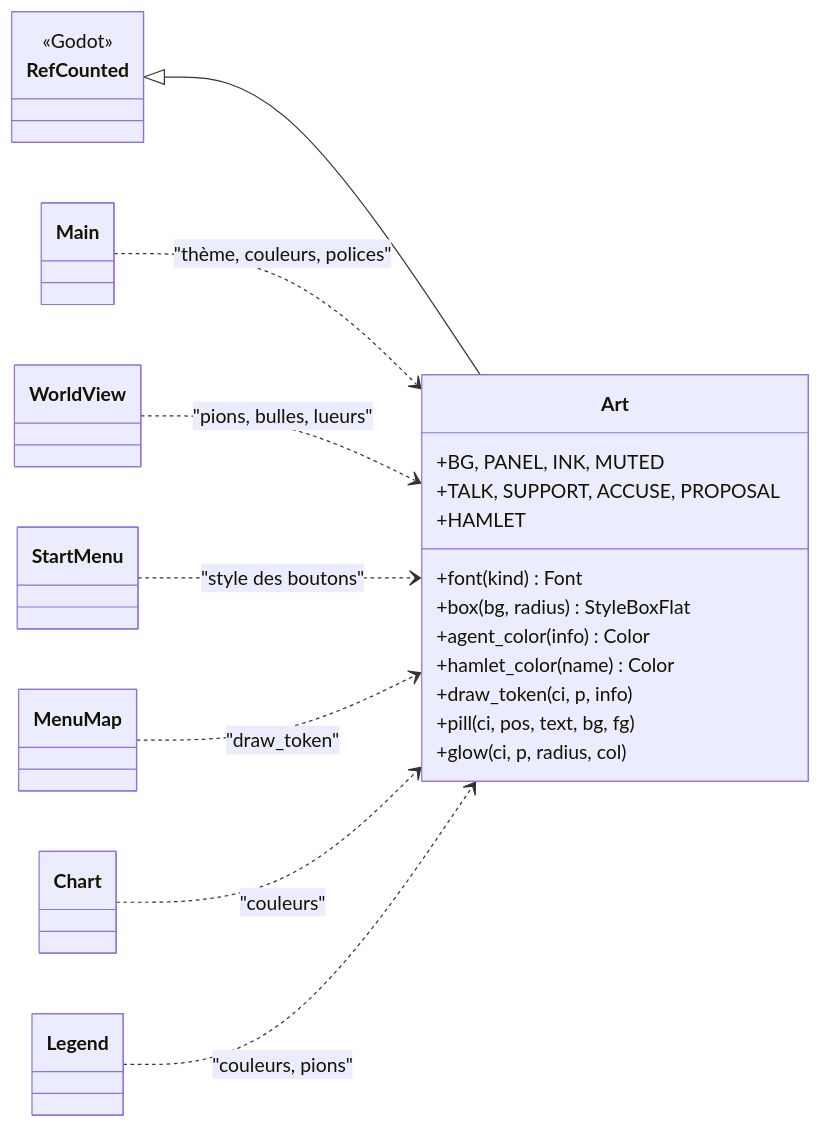
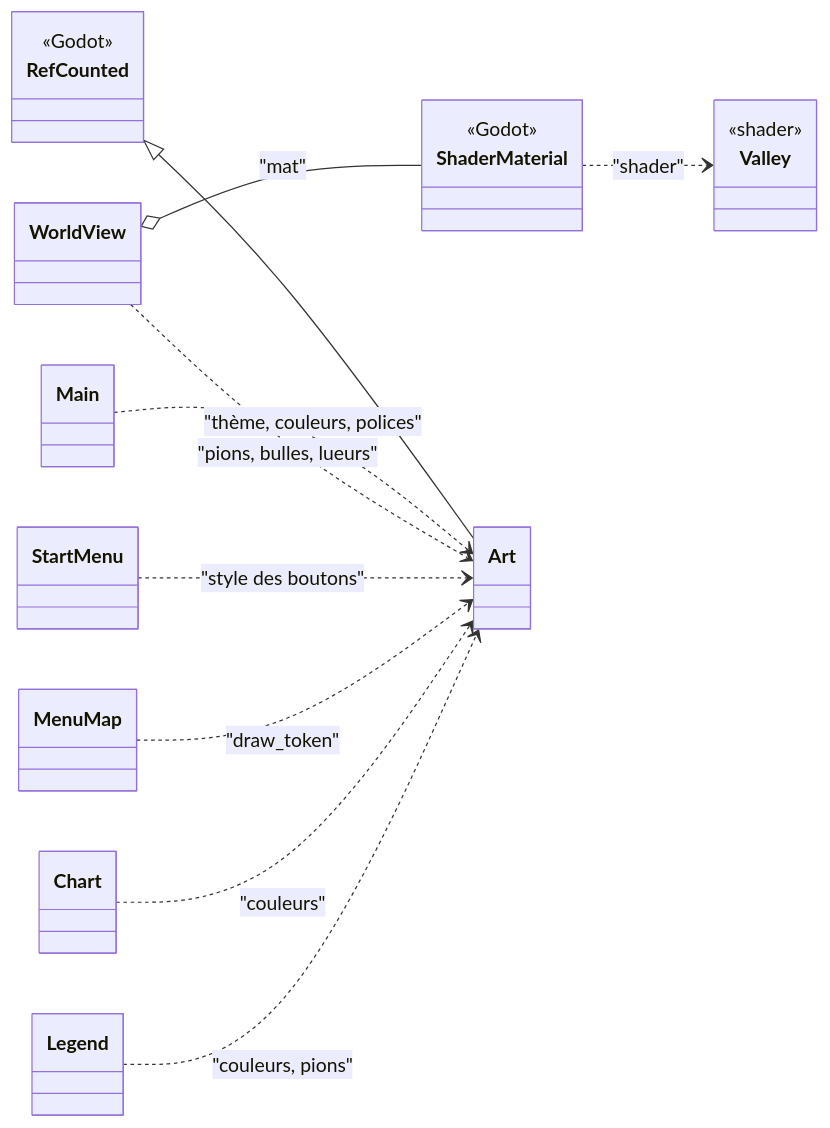
One commit to Romain-LM-Dev/Projet-Parcours---Filets-de-Vellmor changed the second of 36 diagrams in docs/uml/classes-godot.md. Above: the diagram before and after it, drawn with Mermaid. The commit also changed other lines of this file and 11 other files, not shown here.

Commit message:
Docs : diagrammes UML complets (97 : chaque classe avec tous ses attributs et méthodes, World et WorldView en vues par domaine, 8 scénarios en séquence et en communication, ~95 cas d'utilisation) ; index dans le README ; PDF régénéré (125 pages) et son script docs/uml/build_pdf.py

````diff
--- a/docs/uml/classes-godot.md
+++ b/docs/uml/classes-godot.md
@@ -125,32 +123,29 @@
 ```mermaid
 classDiagram
     direction LR
     class RefCounted {
         <<Godot>>
     }
-    class Art {
-        +BG, PANEL, INK, MUTED
-        +TALK, SUPPORT, ACCUSE, PROPOSAL
-        +HAMLET
-        +font(kind) Font
-        +box(bg, radius) StyleBoxFlat
-        +agent_color(info) Color
-        +hamlet_color(name) Color
-        +draw_token(ci, p, info)
-        +pill(ci, pos, text, bg, fg)
-        +glow(ci, p, radius, col)
+    class ShaderMaterial {
+        <<Godot>>
+    }
+    class Art
+    class Valley {
+        <<shader>>
     }
     class Main
     class WorldView
     class StartMenu
     class MenuMap
     class Chart
     class Legend
     RefCounted <|-- Art
     Main ..> Art : "thème, couleurs, polices"
     WorldView ..> Art : "pions, bulles, lueurs"
     StartMenu ..> Art : "style des boutons"
     MenuMap ..> Art : "draw_token"
     Chart ..> Art : "couleurs"
     Legend ..> Art : "couleurs, pions"
+    WorldView o-- ShaderMaterial : "mat"
+    ShaderMaterial ..> Valley : "shader"
 ```
````
